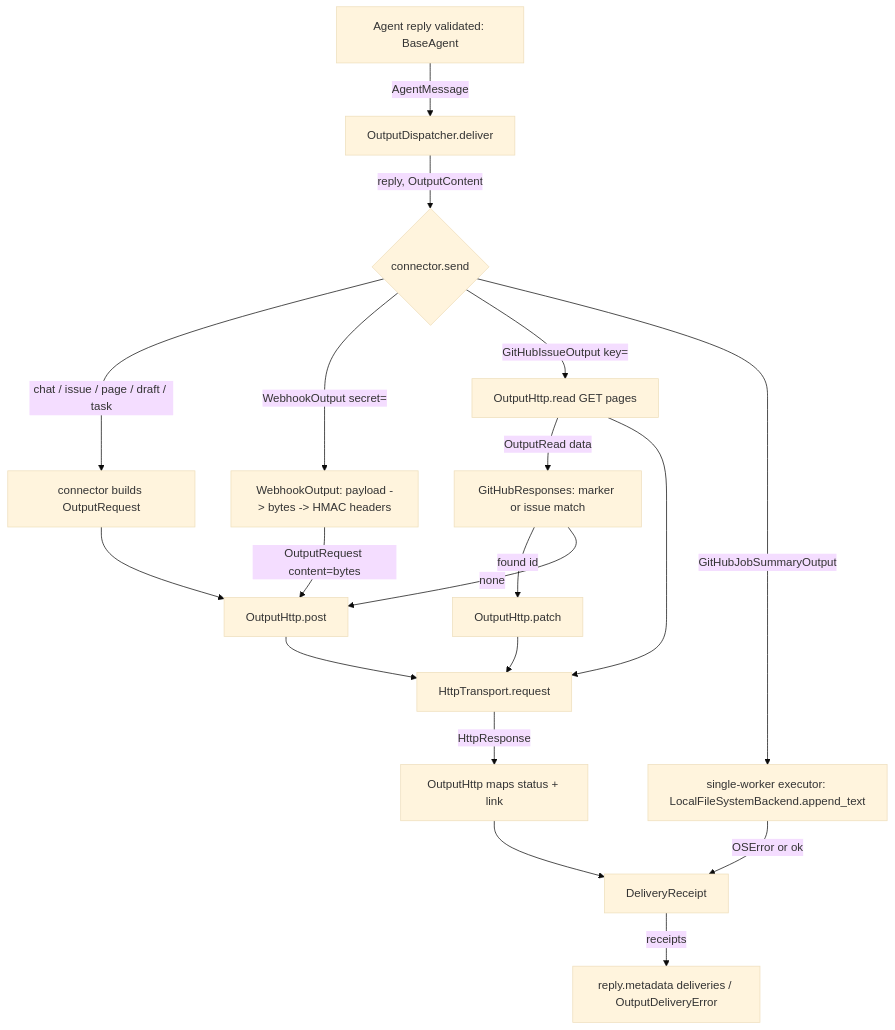
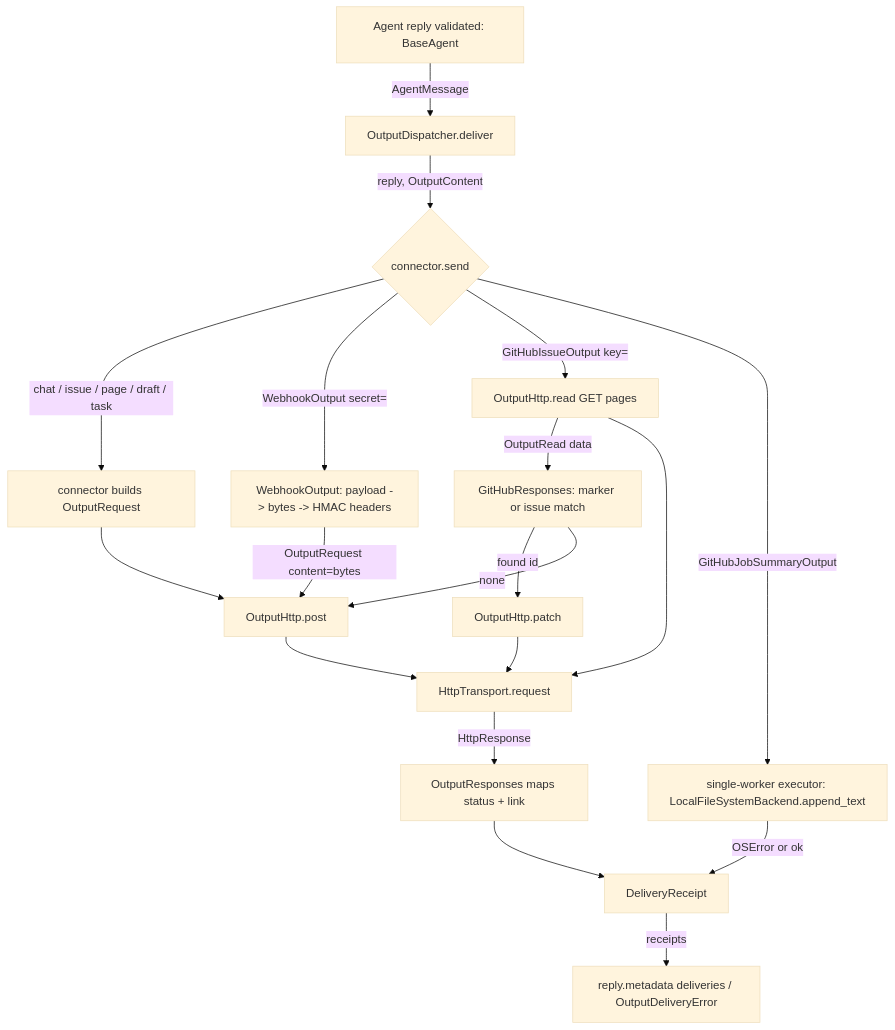
One commit to cerredz/Vidbyte-SDK changed the first of 2 diagrams in docs/spec/output-connector-followups/spec.md. Above: the diagram before and after it, drawn with Mermaid (base theme). The commit also changed other lines of this file and 1 other file, not shown here.

First line of the commit message:
docs(spec): revise output-connector-followups spec r3 (apply S1 review R-9…R-18; approved)

````diff
--- a/docs/spec/output-connector-followups/spec.md
+++ b/docs/spec/output-connector-followups/spec.md
@@ -244,21 +244,21 @@
 ```mermaid
 flowchart TD
   A[Agent reply validated: BaseAgent] -->|AgentMessage| B[OutputDispatcher.deliver]
   B -->|reply, OutputContent| C{connector.send}
   C -->|chat / issue / page / draft / task| D[connector builds OutputRequest]
   C -->|WebhookOutput secret=| E[WebhookOutput: payload -> bytes -> HMAC headers]
   C -->|GitHubIssueOutput key=| F[OutputHttp.read GET pages]
   C -->|GitHubJobSummaryOutput| G[single-worker executor: LocalFileSystemBackend.append_text]
   F -->|OutputRead data| H[GitHubResponses: marker or issue match]
   H -->|found id| I[OutputHttp.patch]
   H -->|none| J[OutputHttp.post]
   D --> J
   E -->|OutputRequest content=bytes| J
   I --> K[HttpTransport.request]
   J --> K
   F --> K
-  K -->|HttpResponse| L[OutputHttp maps status + link]
+  K -->|HttpResponse| L[OutputResponses maps status + link]
   G -->|OSError or ok| M[DeliveryReceipt]
   L --> M
   M -->|receipts| N[reply.metadata deliveries / OutputDeliveryError]
 ```
````
